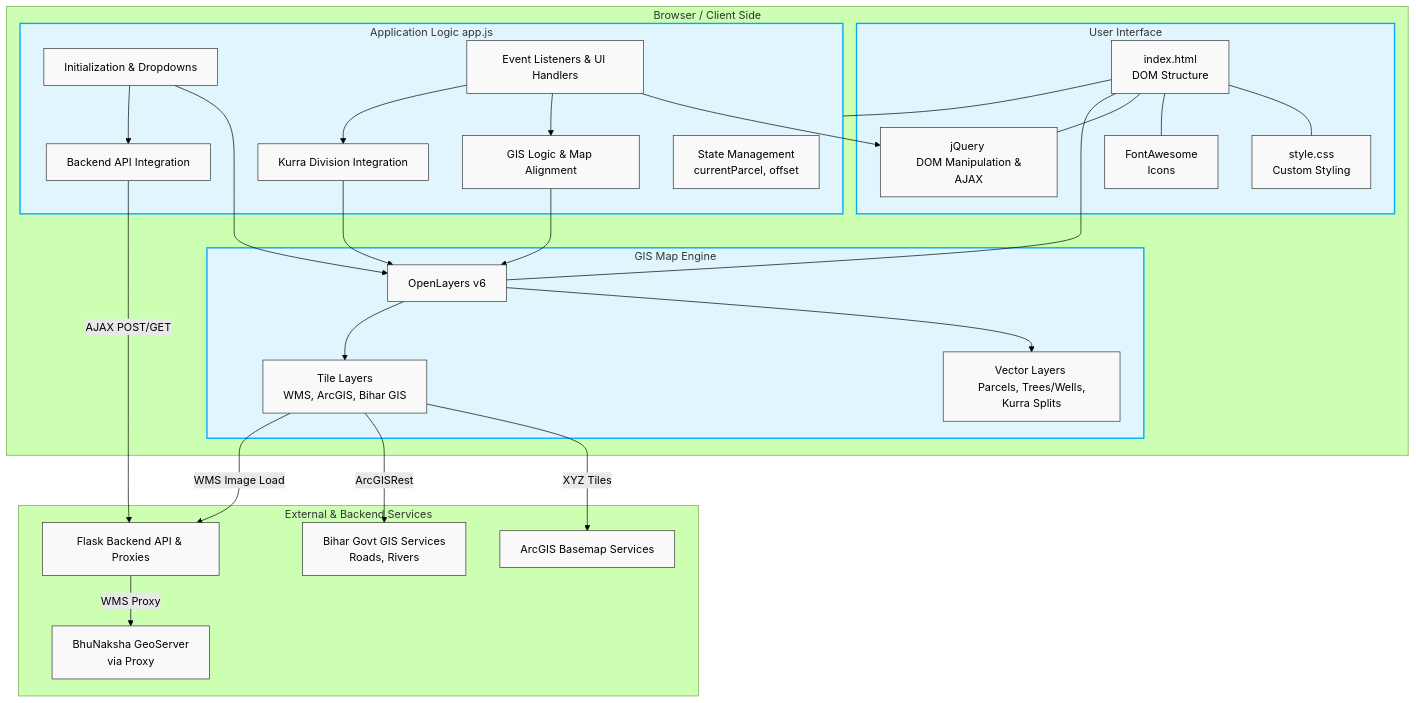
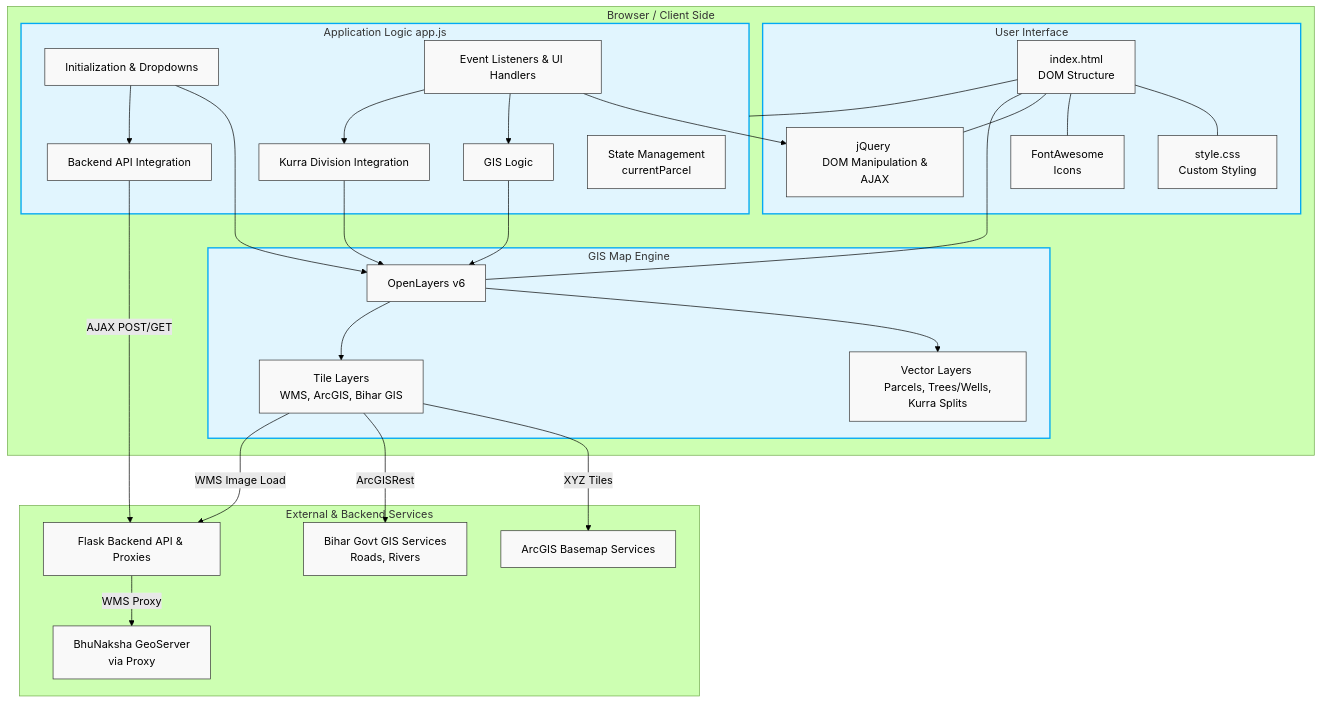
Before and after one commit to GladwinDaniel/fmb_bihar_using_gemini_api: the diagram in frontend_architecture.md, drawn with Mermaid (forest theme). The commit also changed other lines of this file and 19 other files, not shown here.

````diff
--- a/frontend_architecture.md
+++ b/frontend_architecture.md
@@ -7,67 +7,67 @@
 ```mermaid
 graph TD
     %% Browser Environment
     subgraph Client [Browser / Client Side]
         
         subgraph UI [User Interface]
             HTML[index.html <br> DOM Structure]
             CSS[style.css <br> Custom Styling]
             jQuery[jQuery <br> DOM Manipulation & AJAX]
             FontAwesome[FontAwesome <br> Icons]
         end
 
         subgraph MapEngine [GIS Map Engine]
             OpenLayers[OpenLayers v6]
             VectorLayers[Vector Layers <br> Parcels, Trees/Wells, Kurra Splits]
             TileLayers[Tile Layers <br> WMS, ArcGIS, Bihar GIS]
         end
         
         subgraph AppLogic [Application Logic app.js]
-            State[State Management <br> currentParcel, offset]
+            State[State Management <br> currentParcel]
             Init[Initialization & Dropdowns]
             Events[Event Listeners & UI Handlers]
-            GISLogic[GIS Logic & Map Alignment]
+            GISLogic[GIS Logic]
             KurraLogic[Kurra Division Integration]
             APICalls[Backend API Integration]
         end
         
     end
 
     %% Backend & External Services
     subgraph Services [External & Backend Services]
         Flask[Flask Backend API & Proxies]
         ArcGIS[ArcGIS Basemap Services]
         BiharGIS[Bihar Govt GIS Services <br> Roads, Rivers]
         Geoserver[BhuNaksha GeoServer <br> via Proxy]
     end
 
     %% Relationships
     HTML --- CSS
     HTML --- FontAwesome
     HTML --- jQuery
     HTML --- OpenLayers
     HTML --- AppLogic
 
     Events --> jQuery
     Events --> GISLogic
     Events --> KurraLogic
     
     GISLogic --> OpenLayers
     KurraLogic --> OpenLayers
     Init --> OpenLayers
     Init --> APICalls
     
     OpenLayers --> VectorLayers
     OpenLayers --> TileLayers
     
     TileLayers -->|XYZ Tiles| ArcGIS
     TileLayers -->|ArcGISRest| BiharGIS
     TileLayers -->|WMS Image Load| Flask
     
     APICalls -->|AJAX POST/GET| Flask
     Flask -->|WMS Proxy| Geoserver
 
     classDef default fill:#f9f9f9,stroke:#333,stroke-width:1px;
     classDef highlight fill:#e1f5fe,stroke:#03a9f4,stroke-width:2px;
     class AppLogic,UI,MapEngine highlight;
 ```
````
